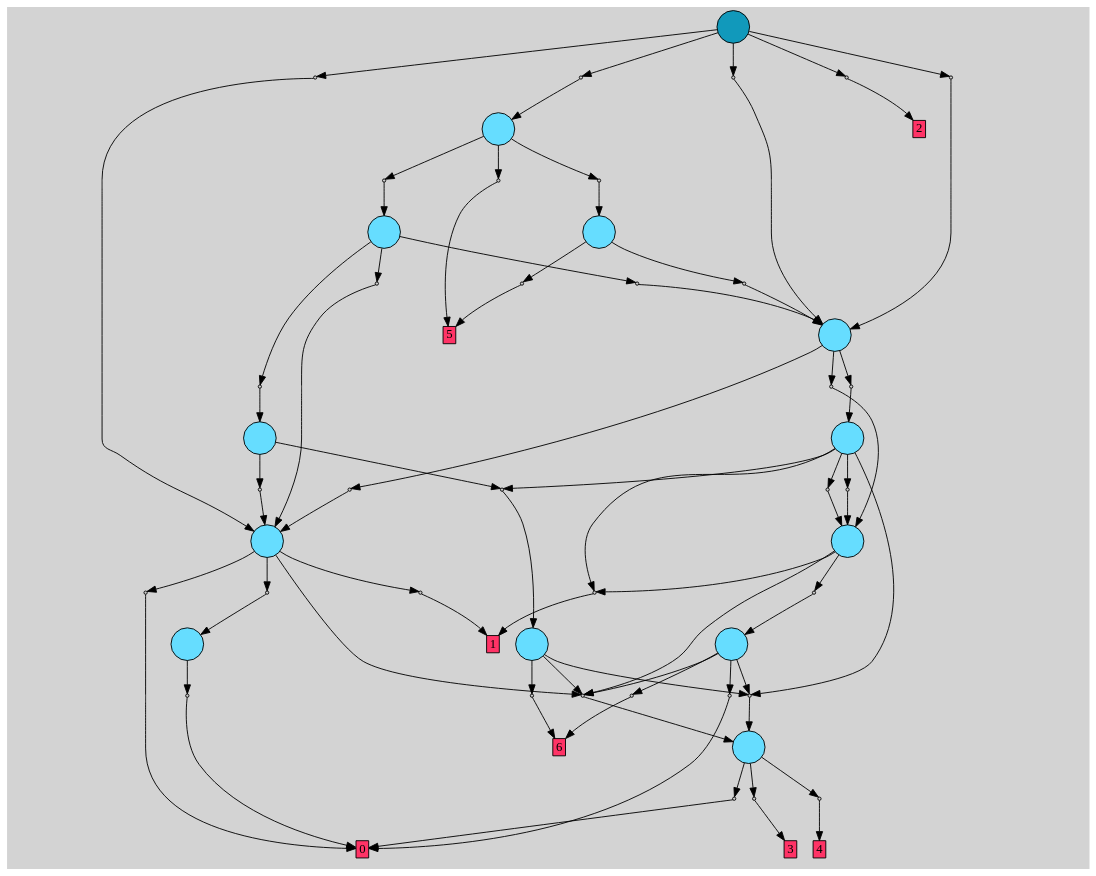
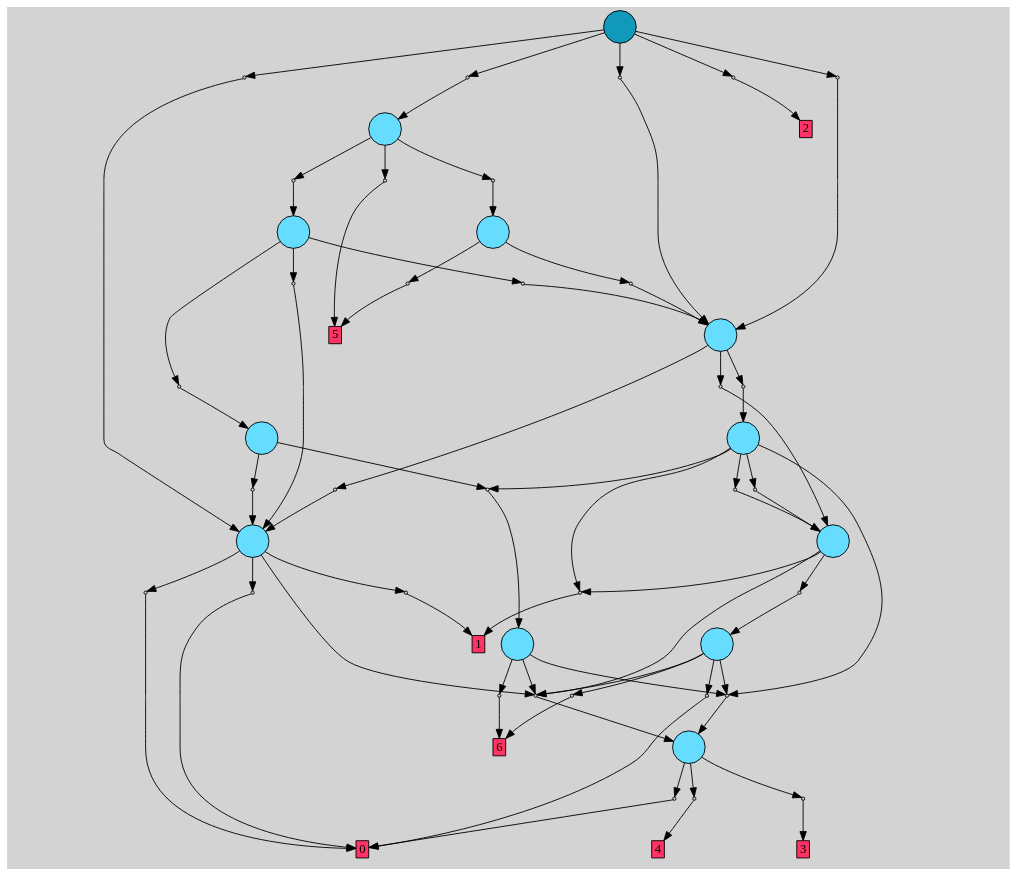
Before and after one commit to allpaul0/tpg_nextflow: the diagram in armlearn-tpgs/tpg_l2e2_zmmul_compbare_compExpAr/training_results/useInstrTrig-False_useInstrLogExp-False_useInstrLog2Exp2-True_useInstrZmmul-True_useInstrExpensiveArithmetic-False_useInstrComparison-True_seed-2_instrType-fixedpt/outLogs/codegen/best_root_pruned.dot, drawn with Graphviz. The commit also changed 986 other files, not shown here.

```diff
--- a/armlearn-tpgs/tpg_l2e2_zmmul_compbare_compExpAr/training_results/useInstrTrig-False_useInstrLogExp-False_useInstrLog2Exp2-True_useInstrZmmul-True_useInstrExpensiveArithmetic-False_useInstrComparison-True_seed-2_instrType-fixedpt/outLogs/codegen/best_root_pruned.dot
+++ b/armlearn-tpgs/tpg_l2e2_zmmul_compbare_compExpAr/training_results/useInstrTrig-False_useInstrLogExp-False_useInstrLog2Exp2-True_useInstrZmmul-True_useInstrExpensiveArithmetic-False_useInstrComparison-True_seed-2_instrType-fixedpt/outLogs/codegen/best_root_pruned.dot
@@ -1,177 +1,172 @@
 // File exported with GEGELATI v2.0.0
-// On the 2026-05-28 21:28:57
+// On the 2026-07-14 09:06:58
 // With the File::TPGGraphDotExporter
 digraph{
 	graph[pad = "0.212, 0.055" bgcolor = lightgray]
 	node[shape=circle style = filled label = ""]
 		T0 [fillcolor="#66ddff"]
 		T1 [fillcolor="#66ddff"]
 		T2 [fillcolor="#66ddff"]
 		T3 [fillcolor="#66ddff"]
 		T4 [fillcolor="#66ddff"]
 		T5 [fillcolor="#66ddff"]
 		T6 [fillcolor="#66ddff"]
 		T7 [fillcolor="#66ddff"]
 		T8 [fillcolor="#66ddff"]
 		T9 [fillcolor="#66ddff"]
 		T10 [fillcolor="#66ddff"]
-		T11 [fillcolor="#66ddff"]
-		T12 [fillcolor="#1199bb"]
+		T11 [fillcolor="#1199bb"]
 		P0 [fillcolor="#cccccc" shape=point label="0"] //
 		I0 [shape=box style=invis label="4|0&1|3#2|0&#92;n"] 
 		P0 -> I0[style=invis]
-		A13 [fillcolor="#ff3366" shape=box margin=0.03 width=0 height=0 label="4"]
-		T0 -> P0 -> A13
+		A12 [fillcolor="#ff3366" shape=box margin=0.03 width=0 height=0 label="4"]
+		T0 -> P0 -> A12
 		P1 [fillcolor="#cccccc" shape=point label="0"] //
 		I1 [shape=box style=invis label="1|0&3|4#0|5&#92;n"] 
 		P1 -> I1[style=invis]
-		A14 [fillcolor="#ff3366" shape=box margin=0.03 width=0 height=0 label="3"]
-		T0 -> P1 -> A14
+		A13 [fillcolor="#ff3366" shape=box margin=0.03 width=0 height=0 label="3"]
+		T0 -> P1 -> A13
 		P2 [fillcolor="#cccccc" shape=point label="0"] //
 		I2 [shape=box style=invis label=""] 
 		P2 -> I2[style=invis]
-		A15 [fillcolor="#ff3366" shape=box margin=0.03 width=0 height=0 label="0"]
-		T0 -> P2 -> A15
+		A14 [fillcolor="#ff3366" shape=box margin=0.03 width=0 height=0 label="0"]
+		T0 -> P2 -> A14
 		P3 [fillcolor="#cccccc" shape=point label="0"] //
-		I3 [shape=box style=invis label="1|0&2|0#1|7&#92;n"] 
+		I3 [shape=box style=invis label="0|0&1|0#1|0&#92;n"] 
 		P3 -> I3[style=invis]
-		A15 [fillcolor="#ff3366" shape=box margin=0.03 width=0 height=0 label="0"]
-		T1 -> P3 -> A15
+		A14 [fillcolor="#ff3366" shape=box margin=0.03 width=0 height=0 label="0"]
+		T1 -> P3 -> A14
 		P4 [fillcolor="#cccccc" shape=point label="0"] //
-		I4 [shape=box style=invis label="0|0&1|0#1|0&#92;n"] 
+		I4 [shape=box style=invis label="3|0&4|0#4|0&#92;n"] 
 		P4 -> I4[style=invis]
-		A15 [fillcolor="#ff3366" shape=box margin=0.03 width=0 height=0 label="0"]
-		T2 -> P4 -> A15
+		T1 -> P4 -> T0
 		P5 [fillcolor="#cccccc" shape=point label="0"] //
-		I5 [shape=box style=invis label="3|0&4|0#4|0&#92;n"] 
+		I5 [shape=box style=invis label="1|0&4|6#3|2&#92;n"] 
 		P5 -> I5[style=invis]
-		T2 -> P5 -> T0
+		A15 [fillcolor="#ff3366" shape=box margin=0.03 width=0 height=0 label="6"]
+		T1 -> P5 -> A15
 		P6 [fillcolor="#cccccc" shape=point label="0"] //
-		I6 [shape=box style=invis label="1|0&4|6#3|2&#92;n"] 
+		I6 [shape=box style=invis label="1|0&4|0#3|4&#92;n"] 
 		P6 -> I6[style=invis]
-		A16 [fillcolor="#ff3366" shape=box margin=0.03 width=0 height=0 label="6"]
-		T2 -> P6 -> A16
+		T1 -> P6 -> T0
+		T2 -> P6
+		T2 -> P4
 		P7 [fillcolor="#cccccc" shape=point label="0"] //
-		I7 [shape=box style=invis label="1|0&4|0#3|4&#92;n"] 
+		I7 [shape=box style=invis label="3|6&3|6#4|6&#92;n1|0&0|6#3|2&#92;n"] 
 		P7 -> I7[style=invis]
-		T2 -> P7 -> T0
-		T3 -> P7
-		T3 -> P5
+		A15 [fillcolor="#ff3366" shape=box margin=0.03 width=0 height=0 label="6"]
+		T2 -> P7 -> A15
 		P8 [fillcolor="#cccccc" shape=point label="0"] //
-		I8 [shape=box style=invis label="3|6&3|6#4|6&#92;n1|0&0|6#3|2&#92;n"] 
+		I8 [shape=box style=invis label="0|0&1|0#1|0&#92;n"] 
 		P8 -> I8[style=invis]
-		A16 [fillcolor="#ff3366" shape=box margin=0.03 width=0 height=0 label="6"]
-		T3 -> P8 -> A16
+		A14 [fillcolor="#ff3366" shape=box margin=0.03 width=0 height=0 label="0"]
+		T3 -> P8 -> A14
 		P9 [fillcolor="#cccccc" shape=point label="0"] //
-		I9 [shape=box style=invis label="0|0&1|0#1|0&#92;n"] 
+		I9 [shape=box style=invis label="3|0&1|5#3|7&#92;n"] 
 		P9 -> I9[style=invis]
-		A15 [fillcolor="#ff3366" shape=box margin=0.03 width=0 height=0 label="0"]
-		T4 -> P9 -> A15
+		A14 [fillcolor="#ff3366" shape=box margin=0.03 width=0 height=0 label="0"]
+		T3 -> P9 -> A14
+		T3 -> P4
 		P10 [fillcolor="#cccccc" shape=point label="0"] //
-		I10 [shape=box style=invis label="3|0&1|5#3|7&#92;n"] 
+		I10 [shape=box style=invis label="0|6&4|0#3|7&#92;n1|0&0|6#3|2&#92;n"] 
 		P10 -> I10[style=invis]
-		T4 -> P10 -> T1
-		T4 -> P5
+		A16 [fillcolor="#ff3366" shape=box margin=0.03 width=0 height=0 label="1"]
+		T3 -> P10 -> A16
 		P11 [fillcolor="#cccccc" shape=point label="0"] //
 		I11 [shape=box style=invis label="0|6&4|0#3|7&#92;n1|0&0|6#3|2&#92;n"] 
 		P11 -> I11[style=invis]
-		A17 [fillcolor="#ff3366" shape=box margin=0.03 width=0 height=0 label="1"]
-		T4 -> P11 -> A17
+		A16 [fillcolor="#ff3366" shape=box margin=0.03 width=0 height=0 label="1"]
+		T4 -> P11 -> A16
 		P12 [fillcolor="#cccccc" shape=point label="0"] //
-		I12 [shape=box style=invis label="0|6&4|0#3|7&#92;n1|0&0|6#3|2&#92;n"] 
+		I12 [shape=box style=invis label="3|0&2|5#4|2&#92;n"] 
 		P12 -> I12[style=invis]
-		A17 [fillcolor="#ff3366" shape=box margin=0.03 width=0 height=0 label="1"]
-		T5 -> P12 -> A17
+		T4 -> P12 -> T1
+		T4 -> P4
 		P13 [fillcolor="#cccccc" shape=point label="0"] //
-		I13 [shape=box style=invis label="3|0&2|5#4|2&#92;n"] 
+		I13 [shape=box style=invis label="3|6&3|6#4|6&#92;n1|0&0|6#3|2&#92;n"] 
 		P13 -> I13[style=invis]
-		T5 -> P13 -> T2
-		T5 -> P5
+		T5 -> P13 -> T3
 		P14 [fillcolor="#cccccc" shape=point label="0"] //
-		I14 [shape=box style=invis label="3|6&3|6#4|6&#92;n1|0&0|6#3|2&#92;n"] 
+		I14 [shape=box style=invis label="0|0&3|0#4|0&#92;n"] 
 		P14 -> I14[style=invis]
-		T6 -> P14 -> T4
+		T5 -> P14 -> T2
+		T6 -> P14
 		P15 [fillcolor="#cccccc" shape=point label="0"] //
-		I15 [shape=box style=invis label="0|0&3|0#4|0&#92;n"] 
+		I15 [shape=box style=invis label="0|0&4|1#1|2&#92;n"] 
 		P15 -> I15[style=invis]
-		T6 -> P15 -> T3
-		T7 -> P15
+		T6 -> P15 -> T4
+		T6 -> P6
+		T6 -> P11
 		P16 [fillcolor="#cccccc" shape=point label="0"] //
-		I16 [shape=box style=invis label="0|0&4|1#1|2&#92;n"] 
+		I16 [shape=box style=invis label="0|0&4|1#1|0&#92;n"] 
 		P16 -> I16[style=invis]
-		T7 -> P16 -> T5
-		T7 -> P7
-		T7 -> P12
+		T6 -> P16 -> T4
 		P17 [fillcolor="#cccccc" shape=point label="0"] //
-		I17 [shape=box style=invis label="0|0&4|1#1|0&#92;n"] 
+		I17 [shape=box style=invis label="2|6&1|3#3|3&#92;n1|0&0|6#3|2&#92;n"] 
 		P17 -> I17[style=invis]
-		T7 -> P17 -> T5
+		T7 -> P17 -> T3
 		P18 [fillcolor="#cccccc" shape=point label="0"] //
-		I18 [shape=box style=invis label="2|6&1|3#3|3&#92;n1|0&0|6#3|2&#92;n"] 
+		I18 [shape=box style=invis label="0|0&4|4#0|5&#92;n"] 
 		P18 -> I18[style=invis]
-		T8 -> P18 -> T4
+		T7 -> P18 -> T4
 		P19 [fillcolor="#cccccc" shape=point label="0"] //
-		I19 [shape=box style=invis label="0|0&4|4#0|5&#92;n"] 
+		I19 [shape=box style=invis label="0|0&3|0#4|0&#92;n"] 
 		P19 -> I19[style=invis]
-		T8 -> P19 -> T5
+		T7 -> P19 -> T6
 		P20 [fillcolor="#cccccc" shape=point label="0"] //
-		I20 [shape=box style=invis label="0|0&3|0#4|0&#92;n"] 
+		I20 [shape=box style=invis label="1|0&4|3#3|1&#92;n"] 
 		P20 -> I20[style=invis]
 		T8 -> P20 -> T7
 		P21 [fillcolor="#cccccc" shape=point label="0"] //
-		I21 [shape=box style=invis label="1|0&4|3#3|1&#92;n"] 
+		I21 [shape=box style=invis label="1|0&4|2#0|6&#92;n"] 
 		P21 -> I21[style=invis]
-		T9 -> P21 -> T8
+		A17 [fillcolor="#ff3366" shape=box margin=0.03 width=0 height=0 label="5"]
+		T8 -> P21 -> A17
 		P22 [fillcolor="#cccccc" shape=point label="0"] //
-		I22 [shape=box style=invis label="1|0&4|2#0|6&#92;n"] 
+		I22 [shape=box style=invis label="2|6&1|3#3|3&#92;n1|0&0|6#3|2&#92;n"] 
 		P22 -> I22[style=invis]
-		A18 [fillcolor="#ff3366" shape=box margin=0.03 width=0 height=0 label="5"]
-		T9 -> P22 -> A18
+		T9 -> P22 -> T3
 		P23 [fillcolor="#cccccc" shape=point label="0"] //
-		I23 [shape=box style=invis label="2|6&1|3#3|3&#92;n1|0&0|6#3|2&#92;n"] 
+		I23 [shape=box style=invis label="1|0&4|3#3|1&#92;n"] 
 		P23 -> I23[style=invis]
-		T10 -> P23 -> T4
+		T9 -> P23 -> T7
 		P24 [fillcolor="#cccccc" shape=point label="0"] //
-		I24 [shape=box style=invis label="1|0&4|3#3|1&#92;n"] 
+		I24 [shape=box style=invis label="3|6&3|6#4|6&#92;n1|0&0|6#3|2&#92;n"] 
 		P24 -> I24[style=invis]
-		T10 -> P24 -> T8
+		T9 -> P24 -> T5
 		P25 [fillcolor="#cccccc" shape=point label="0"] //
-		I25 [shape=box style=invis label="3|6&3|6#4|6&#92;n1|0&0|6#3|2&#92;n"] 
+		I25 [shape=box style=invis label="3|0&4|0#2|7&#92;n"] 
 		P25 -> I25[style=invis]
-		T10 -> P25 -> T6
+		A17 [fillcolor="#ff3366" shape=box margin=0.03 width=0 height=0 label="5"]
+		T10 -> P25 -> A17
 		P26 [fillcolor="#cccccc" shape=point label="0"] //
-		I26 [shape=box style=invis label="3|0&4|0#2|7&#92;n"] 
+		I26 [shape=box style=invis label="3|6&3|6#4|6&#92;n1|0&0|6#3|2&#92;n"] 
 		P26 -> I26[style=invis]
-		A18 [fillcolor="#ff3366" shape=box margin=0.03 width=0 height=0 label="5"]
-		T11 -> P26 -> A18
+		T10 -> P26 -> T9
 		P27 [fillcolor="#cccccc" shape=point label="0"] //
-		I27 [shape=box style=invis label="3|6&3|6#4|6&#92;n1|0&0|6#3|2&#92;n"] 
+		I27 [shape=box style=invis label="0|0&2|5#0|1&#92;n"] 
 		P27 -> I27[style=invis]
-		T11 -> P27 -> T10
+		T10 -> P27 -> T8
 		P28 [fillcolor="#cccccc" shape=point label="0"] //
-		I28 [shape=box style=invis label="0|0&2|5#0|1&#92;n"] 
+		I28 [shape=box style=invis label="1|0&4|2#3|6&#92;n"] 
 		P28 -> I28[style=invis]
-		T11 -> P28 -> T9
+		T11 -> P28 -> T7
 		P29 [fillcolor="#cccccc" shape=point label="0"] //
-		I29 [shape=box style=invis label="1|0&4|2#3|6&#92;n"] 
+		I29 [shape=box style=invis label="2|6&1|3#3|3&#92;n1|0&0|6#3|2&#92;n"] 
 		P29 -> I29[style=invis]
-		T12 -> P29 -> T8
+		T11 -> P29 -> T3
 		P30 [fillcolor="#cccccc" shape=point label="0"] //
-		I30 [shape=box style=invis label="2|6&1|3#3|3&#92;n1|0&0|6#3|2&#92;n"] 
+		I30 [shape=box style=invis label="2|0&3|3#1|6&#92;n"] 
 		P30 -> I30[style=invis]
-		T12 -> P30 -> T4
+		A18 [fillcolor="#ff3366" shape=box margin=0.03 width=0 height=0 label="2"]
+		T11 -> P30 -> A18
 		P31 [fillcolor="#cccccc" shape=point label="0"] //
-		I31 [shape=box style=invis label="2|0&3|3#1|6&#92;n"] 
+		I31 [shape=box style=invis label="1|0&4|3#1|1&#92;n"] 
 		P31 -> I31[style=invis]
-		A19 [fillcolor="#ff3366" shape=box margin=0.03 width=0 height=0 label="2"]
-		T12 -> P31 -> A19
+		T11 -> P31 -> T10
 		P32 [fillcolor="#cccccc" shape=point label="0"] //
-		I32 [shape=box style=invis label="1|0&4|3#1|1&#92;n"] 
+		I32 [shape=box style=invis label="3|0&2|0#4|7&#92;n"] 
 		P32 -> I32[style=invis]
-		T12 -> P32 -> T11
-		P33 [fillcolor="#cccccc" shape=point label="0"] //
-		I33 [shape=box style=invis label="3|0&2|0#4|7&#92;n"] 
-		P33 -> I33[style=invis]
-		T12 -> P33 -> T8
-		{ rank= same T12 }
+		T11 -> P32 -> T7
+		{ rank= same T11 }
 }
```
